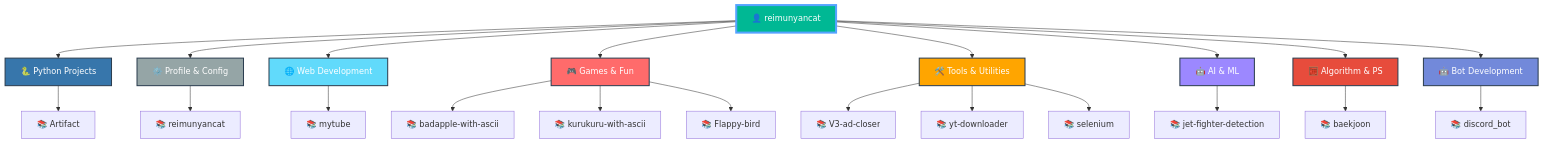
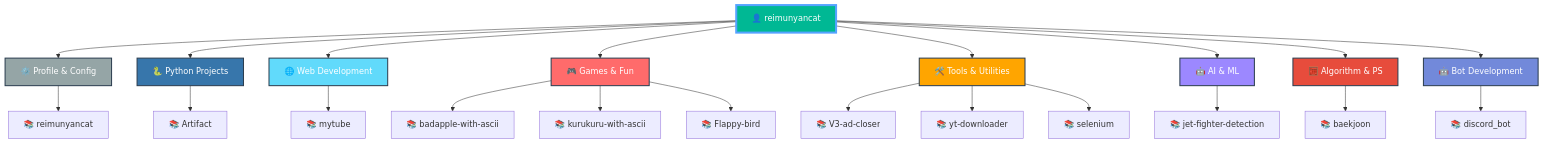
Before and after one commit to reimunyancat/reimunyancat: the diagram in README.md, drawn with Mermaid.

Commit message:
🤖 Auto-update README with latest repositories

````diff
--- a/README.md
+++ b/README.md
@@ -159,42 +159,42 @@
 ```mermaid
 graph TD
   A[👤 reimunyancat]
 
-  A --> CAT0[🐍 Python Projects]
-  CAT0 --> CAT0_0[📚 Artifact]
+  A --> CAT0[⚙️ Profile & Config]
+  CAT0 --> CAT0_0[📚 reimunyancat]
 
-  A --> CAT1[⚙️ Profile & Config]
-  CAT1 --> CAT1_0[📚 reimunyancat]
+  A --> CAT1[🐍 Python Projects]
+  CAT1 --> CAT1_0[📚 Artifact]
 
   A --> CAT2[🌐 Web Development]
   CAT2 --> CAT2_0[📚 mytube]
 
   A --> CAT3[🎮 Games & Fun]
   CAT3 --> CAT3_0[📚 badapple-with-ascii]
   CAT3 --> CAT3_1[📚 kurukuru-with-ascii]
   CAT3 --> CAT3_2[📚 Flappy-bird]
 
   A --> CAT4[🛠️ Tools & Utilities]
   CAT4 --> CAT4_0[📚 V3-ad-closer]
   CAT4 --> CAT4_1[📚 yt-downloader]
   CAT4 --> CAT4_2[📚 selenium]
 
   A --> CAT5[🤖 AI & ML]
   CAT5 --> CAT5_0[📚 jet-fighter-detection]
 
   A --> CAT6[🧮 Algorithm & PS]
   CAT6 --> CAT6_0[📚 baekjoon]
 
   A --> CAT7[🤖 Bot Development]
   CAT7 --> CAT7_0[📚 discord_bot]
 
   style A fill:#00b894,stroke:#55a3ff,stroke-width:4px,color:#fff
-  style CAT0 fill:#3776ab,stroke:#2c3e50,stroke-width:2px,color:#fff
-  style CAT1 fill:#95a5a6,stroke:#2c3e50,stroke-width:2px,color:#fff
+  style CAT0 fill:#95a5a6,stroke:#2c3e50,stroke-width:2px,color:#fff
+  style CAT1 fill:#3776ab,stroke:#2c3e50,stroke-width:2px,color:#fff
   style CAT2 fill:#61dafb,stroke:#2c3e50,stroke-width:2px,color:#fff
   style CAT3 fill:#ff6b6b,stroke:#2c3e50,stroke-width:2px,color:#fff
   style CAT4 fill:#ffa500,stroke:#2c3e50,stroke-width:2px,color:#fff
   style CAT5 fill:#9c88ff,stroke:#2c3e50,stroke-width:2px,color:#fff
   style CAT6 fill:#e74c3c,stroke:#2c3e50,stroke-width:2px,color:#fff
   style CAT7 fill:#7289da,stroke:#2c3e50,stroke-width:2px,color:#fff
 ```
````
